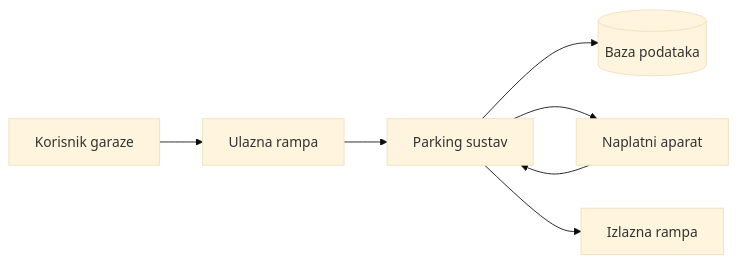
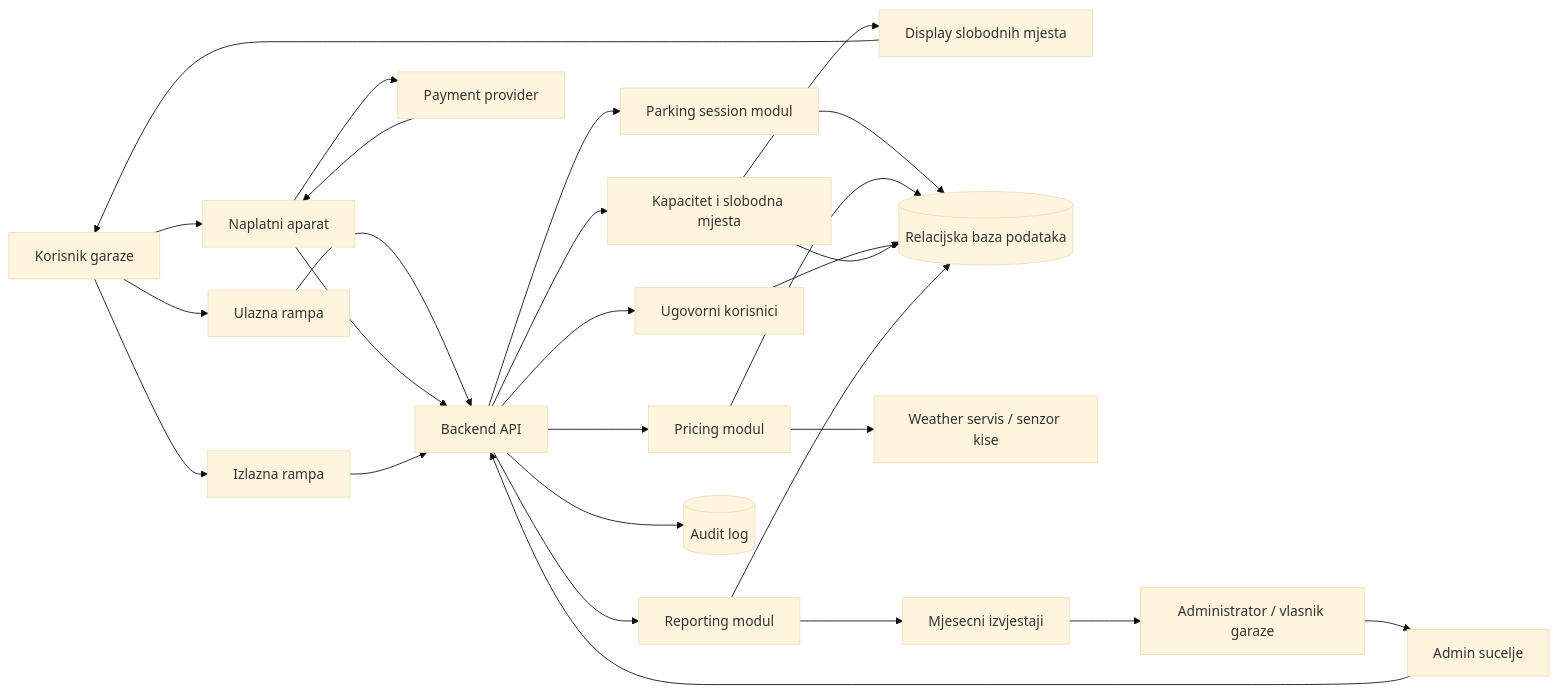
The first of 5 diagrams in Zadatak2/README.md (nbiskup/WienerSelectionTask), drawn with Mermaid (base theme) before and after one commit.

Commit message:
Expand system architecture diagram

````diff
--- a/Zadatak2/README.md
+++ b/Zadatak2/README.md
@@ -103,9 +103,35 @@
 ```mermaid
 flowchart LR
-    User[Korisnik garaze] --> EntryGate[Ulazna rampa]
-    EntryGate --> Backend[Parking sustav]
-    Backend --> Database[(Baza podataka)]
-    Backend --> PaymentMachine[Naplatni aparat]
-    PaymentMachine --> Backend
-    Backend --> ExitGate[Izlazna rampa]
+    Driver[Korisnik garaze] --> EntryGate[Ulazna rampa]
+    Driver --> PaymentMachine[Naplatni aparat]
+    Driver --> ExitGate[Izlazna rampa]
+
+    Admin[Administrator / vlasnik garaze] --> AdminPortal[Admin sucelje]
+    PublicDisplay[Display slobodnih mjesta] --> Driver
+
+    EntryGate --> Api[Backend API]
+    PaymentMachine --> Api
+    ExitGate --> Api
+    AdminPortal --> Api
+
+    Api --> SessionModule[Parking session modul]
+    Api --> PricingModule[Pricing modul]
+    Api --> ContractModule[Ugovorni korisnici]
+    Api --> CapacityModule[Kapacitet i slobodna mjesta]
+    Api --> ReportingModule[Reporting modul]
+
+    SessionModule --> Database[(Relacijska baza podataka)]
+    PricingModule --> Database
+    ContractModule --> Database
+    CapacityModule --> Database
+    ReportingModule --> Database
+
+    PricingModule --> WeatherService[Weather servis / senzor kise]
+    PaymentMachine --> PaymentProvider[Payment provider]
+    PaymentProvider --> PaymentMachine
+
+    CapacityModule --> PublicDisplay
+    ReportingModule --> OwnerReports[Mjesecni izvjestaji]
+    OwnerReports --> Admin
+    Api --> AuditLog[(Audit log)]
 ```
````
